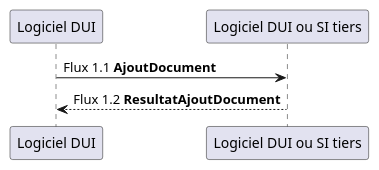
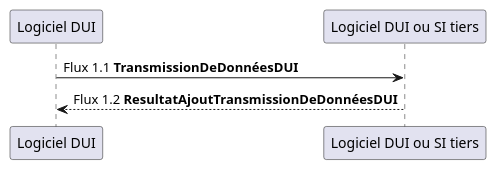
One commit to ansforge/IG-fhir-medicosocial-transfert-donnees-dui changed the diagram in input/images-source/flux1.plantuml. Above: the diagram before and after it, drawn with PlantUML. The commit also changed 2 other files, not shown here.

```diff
--- a/input/images-source/flux1.plantuml
+++ b/input/images-source/flux1.plantuml
@@ -1,6 +1,6 @@
 @startuml
 
-"Logiciel DUI" -> "Logiciel DUI ou SI tiers" : Flux 1.1 **AjoutDocument**
-"Logiciel DUI" <-- "Logiciel DUI ou SI tiers" : Flux 1.2 **ResultatAjoutDocument**
+"Logiciel DUI" -> "Logiciel DUI ou SI tiers" : Flux 1.1 **TransmissionDeDonnéesDUI**
+"Logiciel DUI" <-- "Logiciel DUI ou SI tiers" : Flux 1.2 **ResultatAjoutTransmissionDeDonnéesDUI**
 
 @enduml
```
